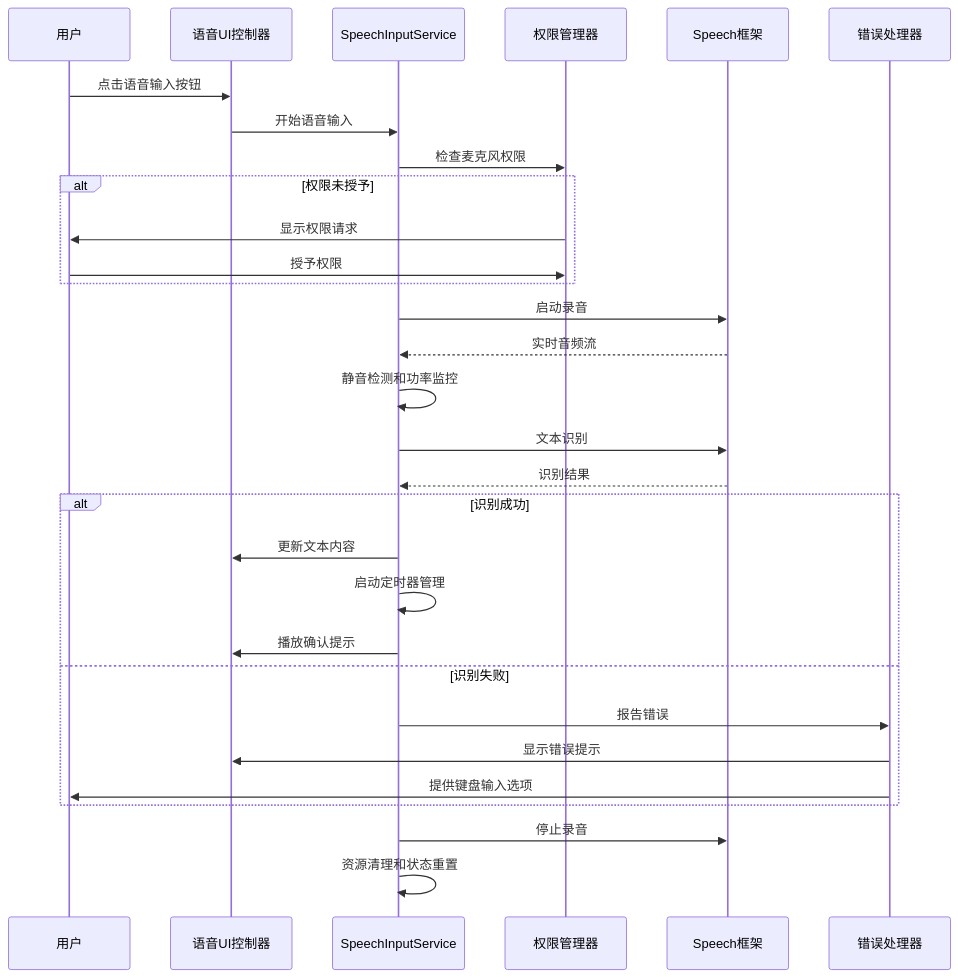
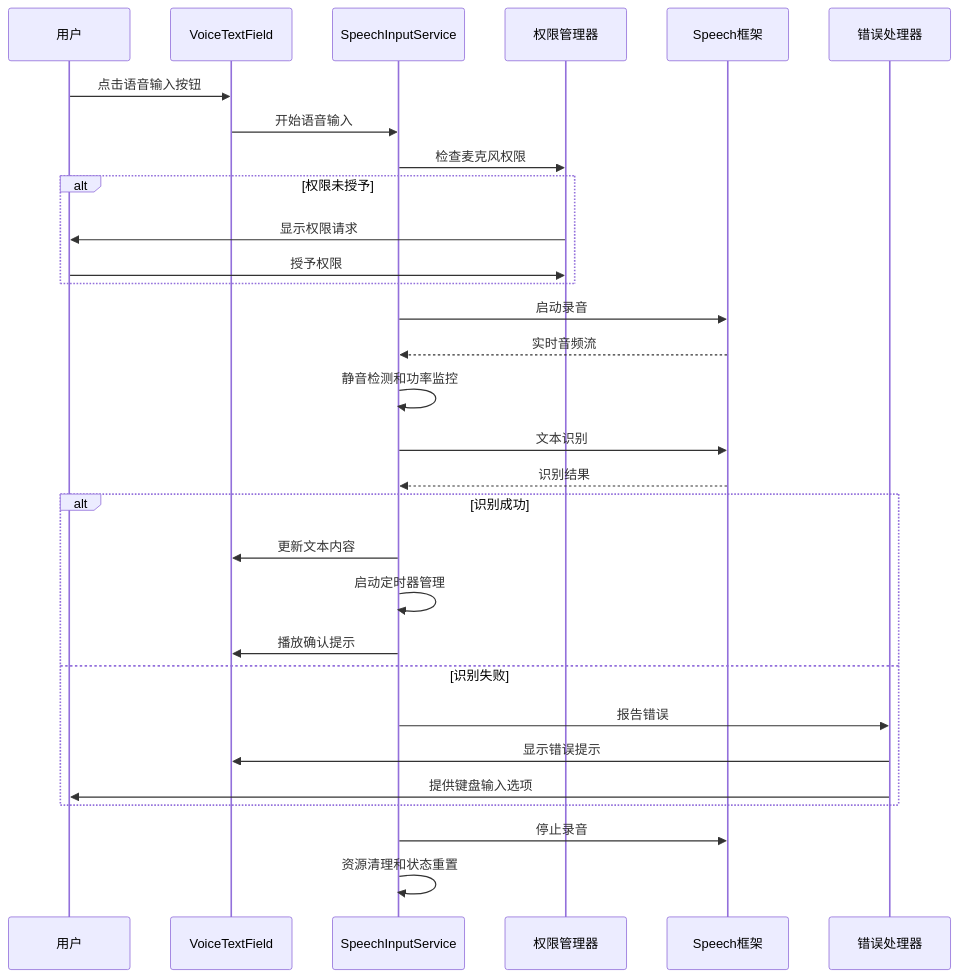
Before and after one commit to Jayden23018/blind-run-ios: the sixth of 13 diagrams in .qoder/repowiki/zh/content/开发指南/编码规范与最佳实践/无障碍开发规范/语音输入集成.md, drawn with Mermaid. The commit also changed other lines of this file and 5 other files, not shown here.

````diff
--- a/.qoder/repowiki/zh/content/开发指南/编码规范与最佳实践/无障碍开发规范/语音输入集成.md
+++ b/.qoder/repowiki/zh/content/开发指南/编码规范与最佳实践/无障碍开发规范/语音输入集成.md
@@ -254,32 +335,32 @@
 ```mermaid
 sequenceDiagram
 participant User as 用户
-participant UI as 语音UI控制器
+participant UI as VoiceTextField
 participant Service as SpeechInputService
 participant Perm as 权限管理器
 participant Speech as Speech框架
 participant Handler as 错误处理器
 User->>UI : 点击语音输入按钮
 UI->>Service : 开始语音输入
 Service->>Perm : 检查麦克风权限
 alt 权限未授予
 Perm->>User : 显示权限请求
 User->>Perm : 授予权限
 end
 Service->>Speech : 启动录音
 Speech-->>Service : 实时音频流
 Service->>Service : 静音检测和功率监控
 Service->>Speech : 文本识别
 Speech-->>Service : 识别结果
 alt 识别成功
 Service->>UI : 更新文本内容
 Service->>Service : 启动定时器管理
 Service->>UI : 播放确认提示
 else 识别失败
 Service->>Handler : 报告错误
 Handler->>UI : 显示错误提示
 Handler->>User : 提供键盘输入选项
 end
 Service->>Speech : 停止录音
 Service->>Service : 资源清理和状态重置
 ```
````
